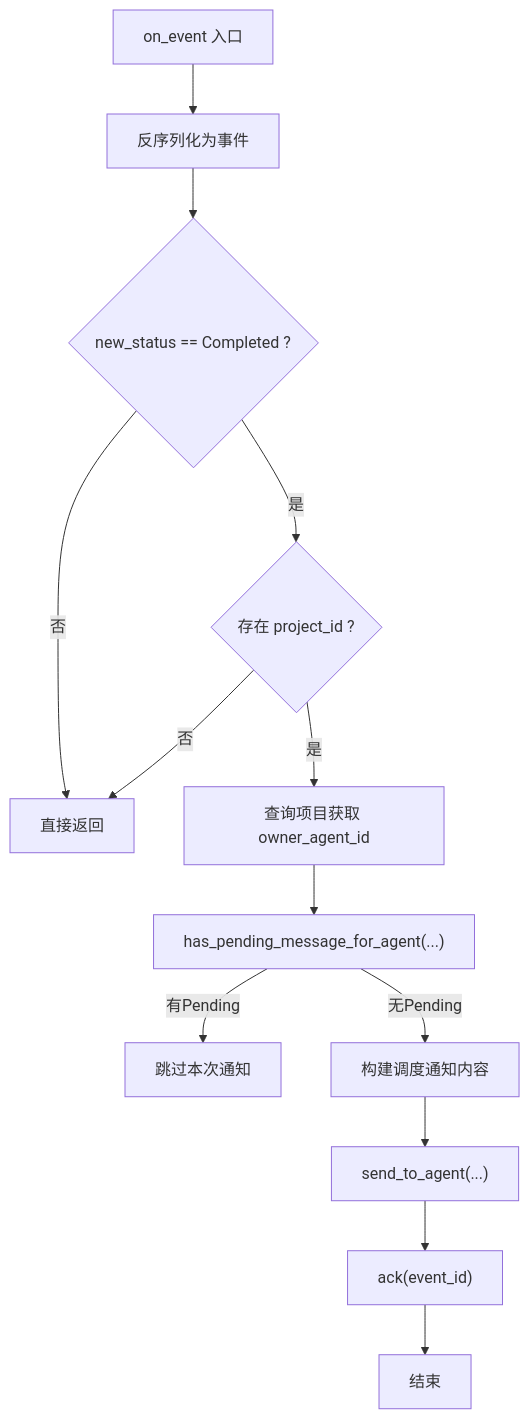
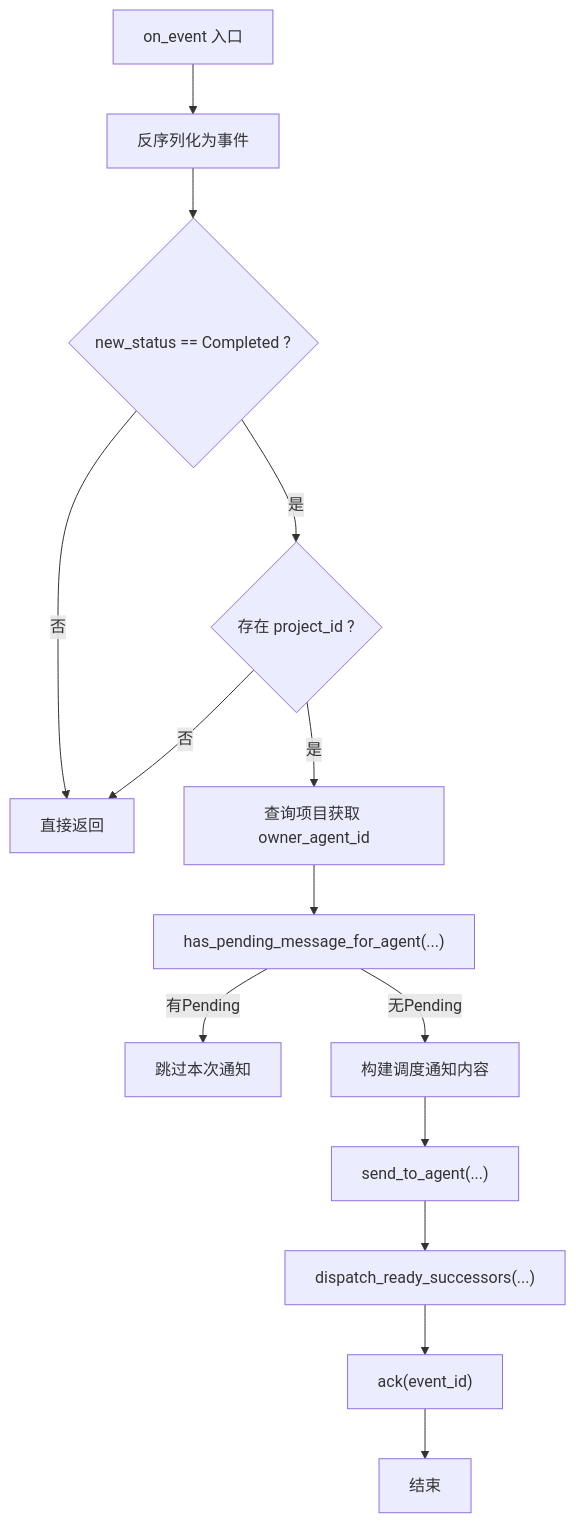
One commit to runningcoders/ai_orz changed the fifth of 7 diagrams in docs/wiki/zh/content/核心模块/AOP 事件系统/消费者框架/任务事件消费者.md. Above: the diagram before and after it, drawn with Mermaid. The commit also changed other lines of this file and 5 other files, not shown here.

````diff
--- a/docs/wiki/zh/content/核心模块/AOP 事件系统/消费者框架/任务事件消费者.md
+++ b/docs/wiki/zh/content/核心模块/AOP 事件系统/消费者框架/任务事件消费者.md
@@ -217,15 +225,16 @@
 ```mermaid
 flowchart TD
 EStart["on_event 入口"] --> Parse["反序列化为事件"]
 Parse --> CheckCompleted{"new_status == Completed ?"}
 CheckCompleted -- 否 --> ReturnEarly["直接返回"]
 CheckCompleted -- 是 --> HasProject{"存在 project_id ?"}
 HasProject -- 否 --> ReturnEarly
 HasProject -- 是 --> GetProj["查询项目获取 owner_agent_id"]
 GetProj --> Dedup["has_pending_message_for_agent(...)"]
 Dedup -- 有Pending --> Skip["跳过本次通知"]
 Dedup -- 无Pending --> BuildMsg["构建调度通知内容"]
 BuildMsg --> Send["send_to_agent(...)"]
-Send --> Ack["ack(event_id)"]
+Send --> Succ["dispatch_ready_successors(...)"]
+Succ --> Ack["ack(event_id)"]
 Ack --> End["结束"]
 ```
````
